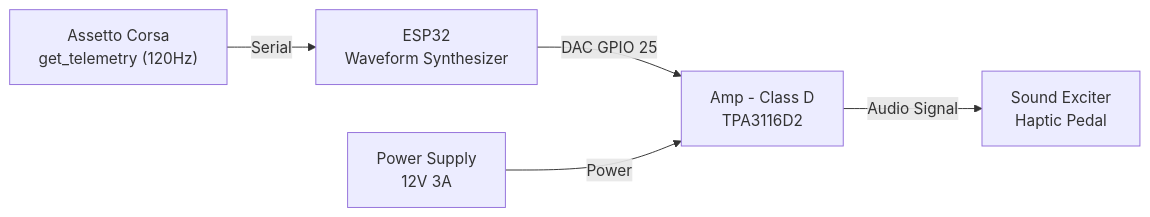
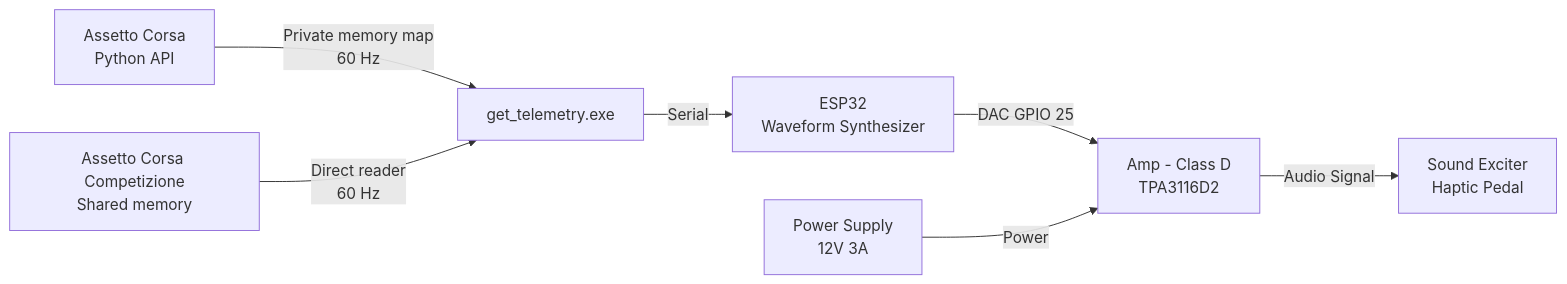
Before and after one commit to tminh-U/DIY-Haptic-Motor-for-Pedals: the first of 3 diagrams in README.md, drawn with Mermaid. The commit also changed other lines of this file and 23 other files, not shown here.

````diff
--- a/README.md
+++ b/README.md
@@ -28,7 +28,9 @@
 ```mermaid
 flowchart LR
-    A["Assetto Corsa<br/>get_telemetry (120Hz)"] -->|Serial| B["ESP32<br/>Waveform Synthesizer"]
-    B -->|DAC GPIO 25| C["Amp - Class D<br/>TPA3116D2"]
-    C -->|Audio Signal| D["Sound Exciter<br/>Haptic Pedal"]
-    E["Power Supply<br/>12V 3A"] -->|Power| C
+    A["Assetto Corsa<br/>Python API"] -->|"Private memory map<br/>60 Hz"| B["get_telemetry.exe"]
+    G["Assetto Corsa Competizione<br/>Shared memory"] -->|"Direct reader<br/>60 Hz"| B
+    B -->|Serial| C["ESP32<br/>Waveform Synthesizer"]
+    C -->|DAC GPIO 25| D["Amp - Class D<br/>TPA3116D2"]
+    D -->|Audio Signal| E["Sound Exciter<br/>Haptic Pedal"]
+    F["Power Supply<br/>12V 3A"] -->|Power| D
 ```
````
